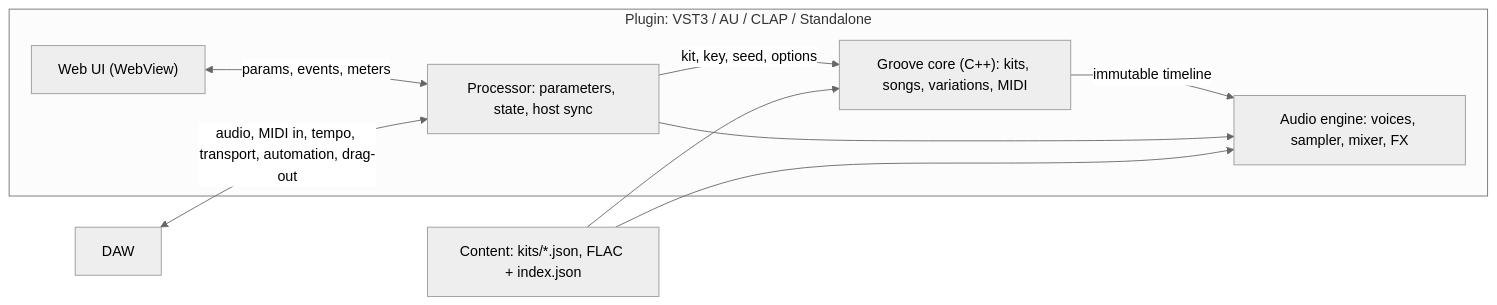
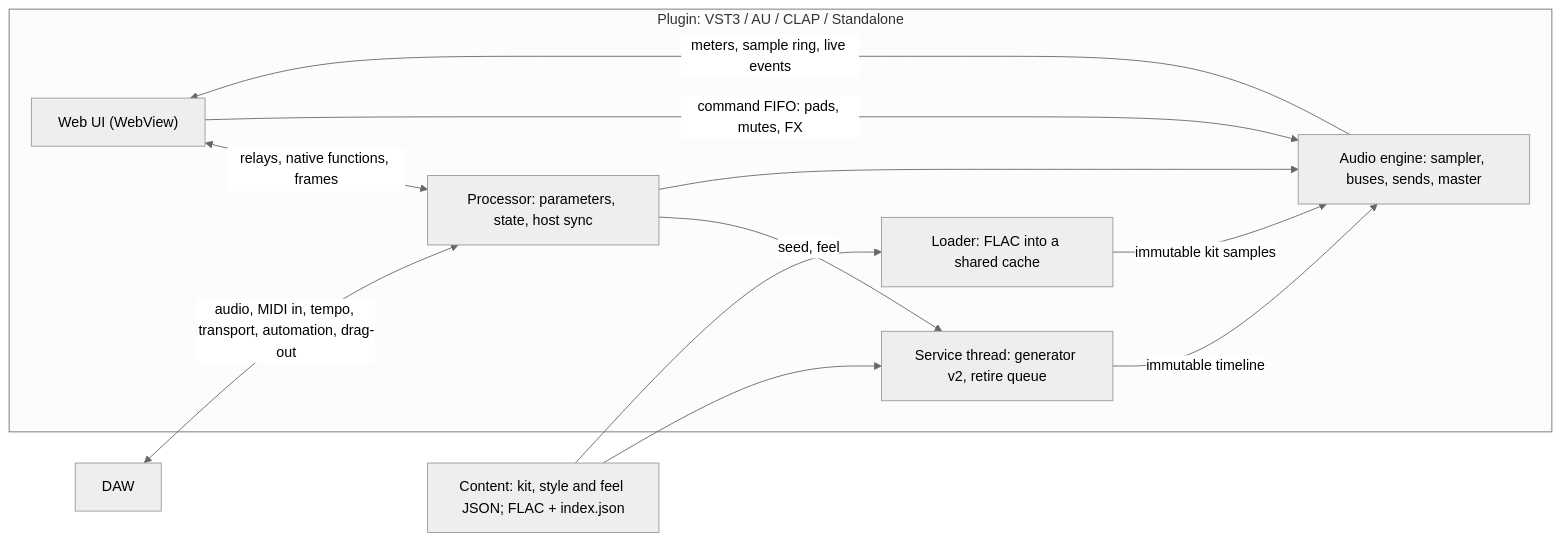
One commit to recameron34-maker/Wubansia changed the diagram in docs/ROADMAP.md. Above: the diagram before and after it, drawn with Mermaid (neutral theme). The commit also changed other lines of this file and 1 other file, not shown here.

First line of the commit message:
Rewrite the roadmap around S1 and update CLAUDE.md for it

````diff
--- a/docs/ROADMAP.md
+++ b/docs/ROADMAP.md
@@ -44,12 +54,15 @@
 ```mermaid
 flowchart LR
   subgraph Plugin["Plugin: VST3 / AU / CLAP / Standalone"]
-    UI["Web UI (WebView)"] <-->|params, events, meters| PROC["Processor: parameters, state, host sync"]
-    PROC -->|kit, key, seed, options| CORE["Groove core (C++): kits, songs, variations, MIDI"]
-    CORE -->|immutable timeline| ENG["Audio engine: voices, sampler, mixer, FX"]
+    UI["Web UI (WebView)"] <-->|relays, native functions, frames| PROC["Processor: parameters, state, host sync"]
+    PROC -->|seed, feel| SVC["Service thread: generator v2, retire queue"]
+    SVC -->|immutable timeline| ENG["Audio engine: sampler, buses, sends, master"]
+    LOAD["Loader: FLAC into a shared cache"] -->|immutable kit samples| ENG
+    UI -->|command FIFO: pads, mutes, FX| ENG
+    ENG -->|meters, sample ring, live events| UI
     PROC --> ENG
   end
-  CONTENT["Content: kits/*.json, FLAC + index.json"] --> CORE
-  CONTENT --> ENG
+  CONTENT["Content: kit, style and feel JSON; FLAC + index.json"] --> SVC
+  CONTENT --> LOAD
   DAW["DAW"] <-->|audio, MIDI in, tempo, transport, automation, drag-out| PROC
 ```
````
